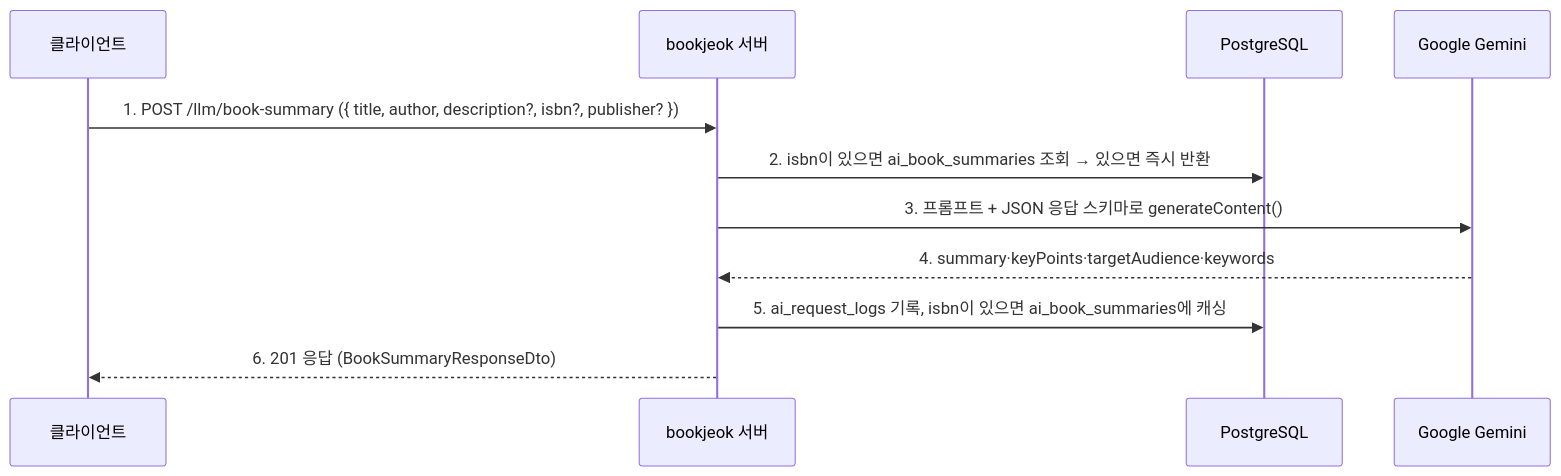
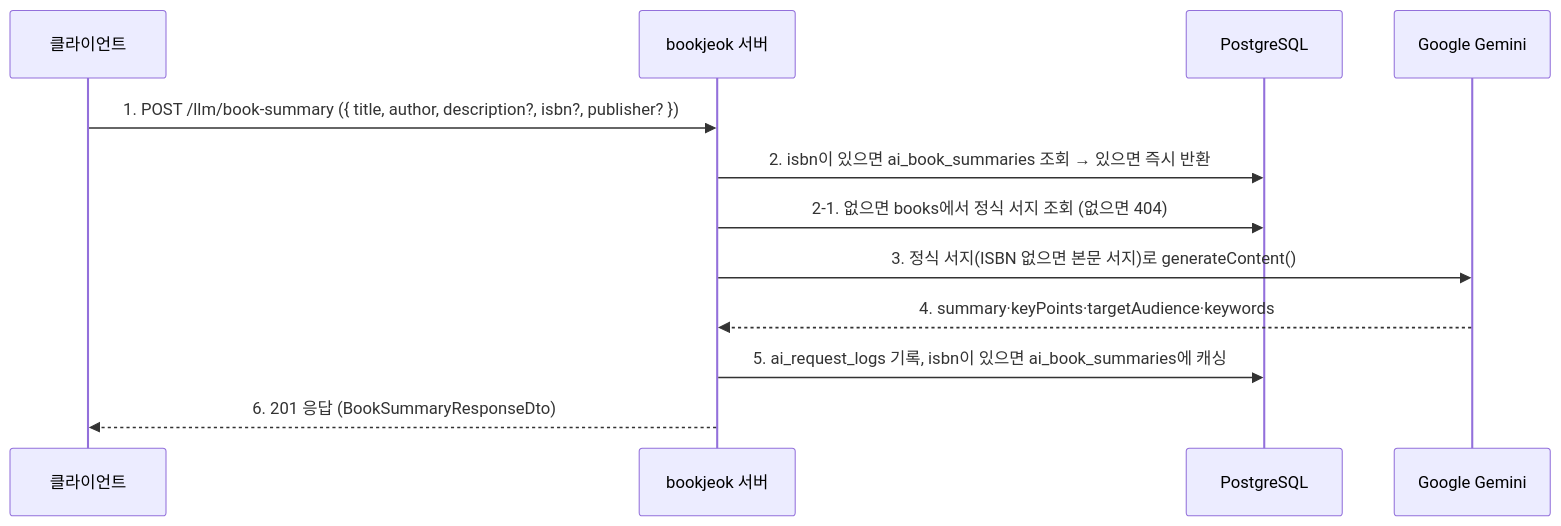
The diagram in apps/server/src/features/llm/README.md (Yoo-su/bookjeok), drawn with Mermaid before and after one commit. The commit also changed other lines of this file and 200 other files, not shown here.

````diff
--- a/apps/server/src/features/llm/README.md
+++ b/apps/server/src/features/llm/README.md
@@ -30,14 +32,15 @@
 ```mermaid
 sequenceDiagram
     participant C as 클라이언트
     participant S as bookjeok 서버
     participant DB as PostgreSQL
     participant AI as Google Gemini
 
     C->>S: 1. POST /llm/book-summary ({ title, author, description?, isbn?, publisher? })
     S->>DB: 2. isbn이 있으면 ai_book_summaries 조회 → 있으면 즉시 반환
-    S->>AI: 3. 프롬프트 + JSON 응답 스키마로 generateContent()
+    S->>DB: 2-1. 없으면 books에서 정식 서지 조회 (없으면 404)
+    S->>AI: 3. 정식 서지(ISBN 없으면 본문 서지)로 generateContent()
     AI-->>S: 4. summary·keyPoints·targetAudience·keywords
     S->>DB: 5. ai_request_logs 기록, isbn이 있으면 ai_book_summaries에 캐싱
     S-->>C: 6. 201 응답 (BookSummaryResponseDto)
 ```
````
